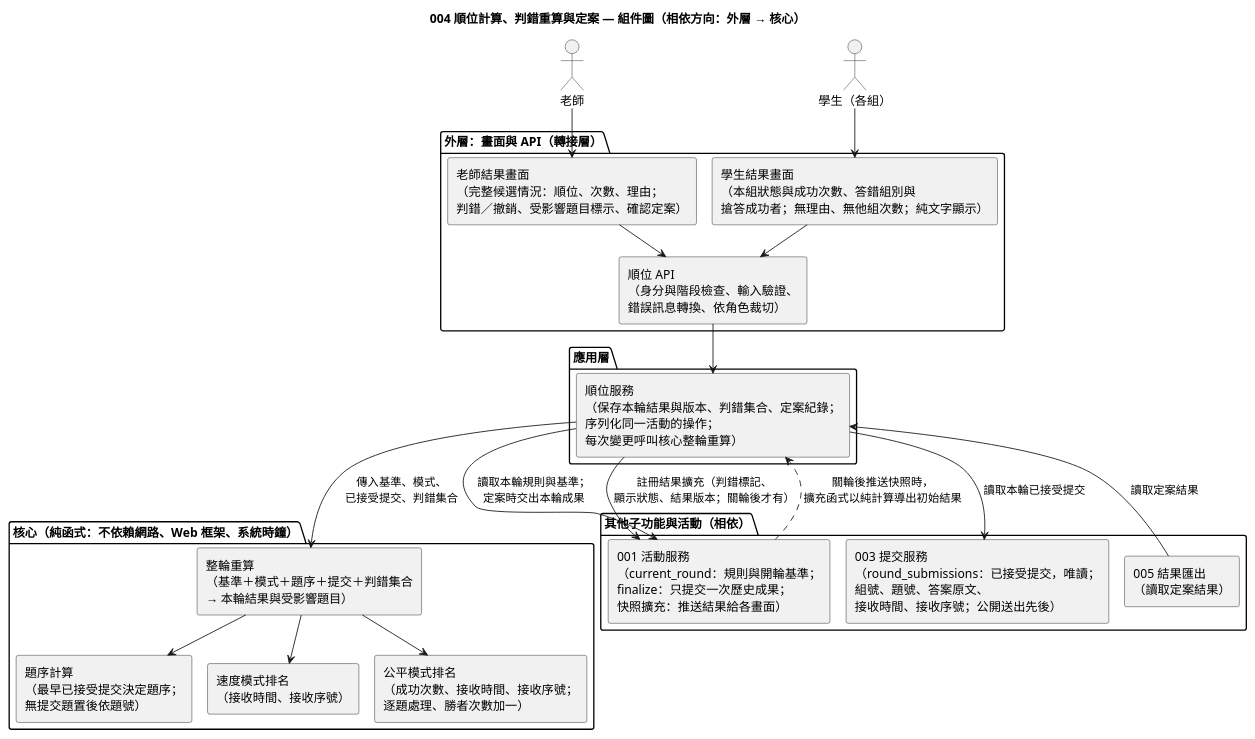
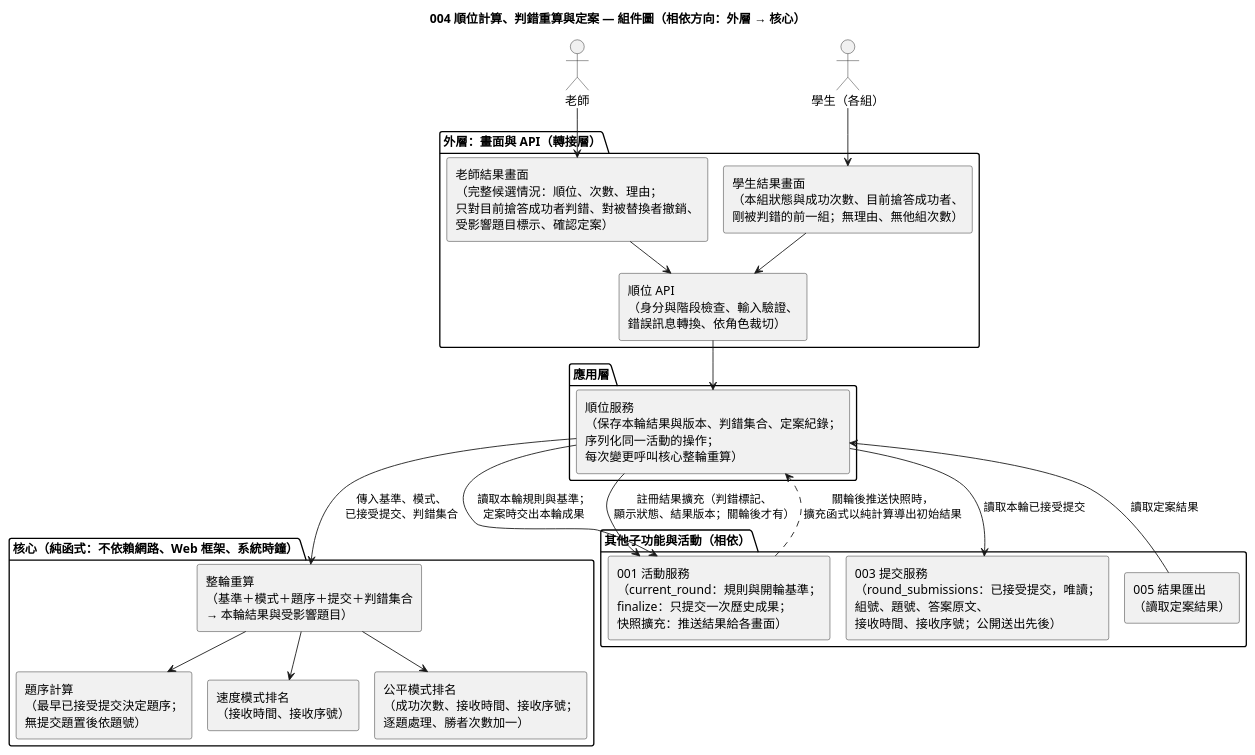
One commit to EricC430/lecture-answer-first_group16_speckit changed the diagram in diagrams/004-ranking-review-component.puml. Above: the diagram before and after it, drawn with PlantUML. The commit also changed 14 other files, not shown here.

First line of the commit message:
docs: 004 spec clarify（搶答正確、被替換者顯示、老師介面判錯順序）並同步 plan／設計文件／圖／tasks (#8)

```diff
--- a/diagrams/004-ranking-review-component.puml
+++ b/diagrams/004-ranking-review-component.puml
@@ -1,47 +1,47 @@
 @startuml 004-ranking-review-component
 !pragma layout smetana
 skinparam defaultFontName "Microsoft JhengHei"
 skinparam componentStyle rectangle
 title 004 順位計算、判錯重算與定案 — 組件圖（相依方向：外層 → 核心）
 
 actor "老師" as Teacher
 actor "學生（各組）" as Student
 
 package "外層：畫面與 API（轉接層）" {
-  [老師結果畫面\n（完整候選情況：順位、次數、理由；\n判錯／撤銷、受影響題目標示、確認定案）] as TeacherUI
-  [學生結果畫面\n（本組狀態與成功次數、答錯組別與\n搶答成功者；無理由、無他組次數；純文字顯示）] as StudentUI
+  [老師結果畫面\n（完整候選情況：順位、次數、理由；\n只對目前搶答成功者判錯、對被替換者撤銷、\n受影響題目標示、確認定案）] as TeacherUI
+  [學生結果畫面\n（本組狀態與成功次數、目前搶答成功者、\n剛被判錯的前一組；無理由、無他組次數）] as StudentUI
   [順位 API\n（身分與階段檢查、輸入驗證、\n錯誤訊息轉換、依角色裁切）] as Api
 }
 
 package "應用層" {
   [順位服務\n（保存本輪結果與版本、判錯集合、定案紀錄；\n序列化同一活動的操作；\n每次變更呼叫核心整輪重算）] as Service
 }
 
 package "核心（純函式：不依賴網路、Web 框架、系統時鐘）" {
   [題序計算\n（最早已接受提交決定題序；\n無提交題置後依題號）] as Order
   [速度模式排名\n（接收時間、接收序號）] as Speed
   [公平模式排名\n（成功次數、接收時間、接收序號；\n逐題處理、勝者次數加一）] as Fair
   [整輪重算\n（基準＋模式＋題序＋提交＋判錯集合\n→ 本輪結果與受影響題目）] as Recompute
 }
 
 package "其他子功能與活動（相依）" {
   [001 活動服務\n（current_round：規則與開輪基準；\nfinalize：只提交一次歷史成果；\n快照擴充：推送結果給各畫面）] as Activity
   [003 提交服務\n（round_submissions：已接受提交，唯讀；\n組號、題號、答案原文、\n接收時間、接收序號；公開送出先後）] as Submit
   [005 結果匯出\n（讀取定案結果）] as Export
 }
 
 Teacher --> TeacherUI
 Student --> StudentUI
 TeacherUI --> Api
 StudentUI --> Api
 Api --> Service
 Service --> Recompute : 傳入基準、模式、\n已接受提交、判錯集合
 Recompute --> Order
 Recompute --> Speed
 Recompute --> Fair
 Service --> Activity : 讀取本輪規則與基準；\n定案時交出本輪成果
 Service --> Submit : 讀取本輪已接受提交
 Service --> Activity : 註冊結果擴充（判錯標記、\n顯示狀態、結果版本；關輪後才有）
 Activity ..> Service : 關輪後推送快照時，\n擴充函式以純計算導出初始結果
 Export --> Service : 讀取定案結果
 @enduml
```
